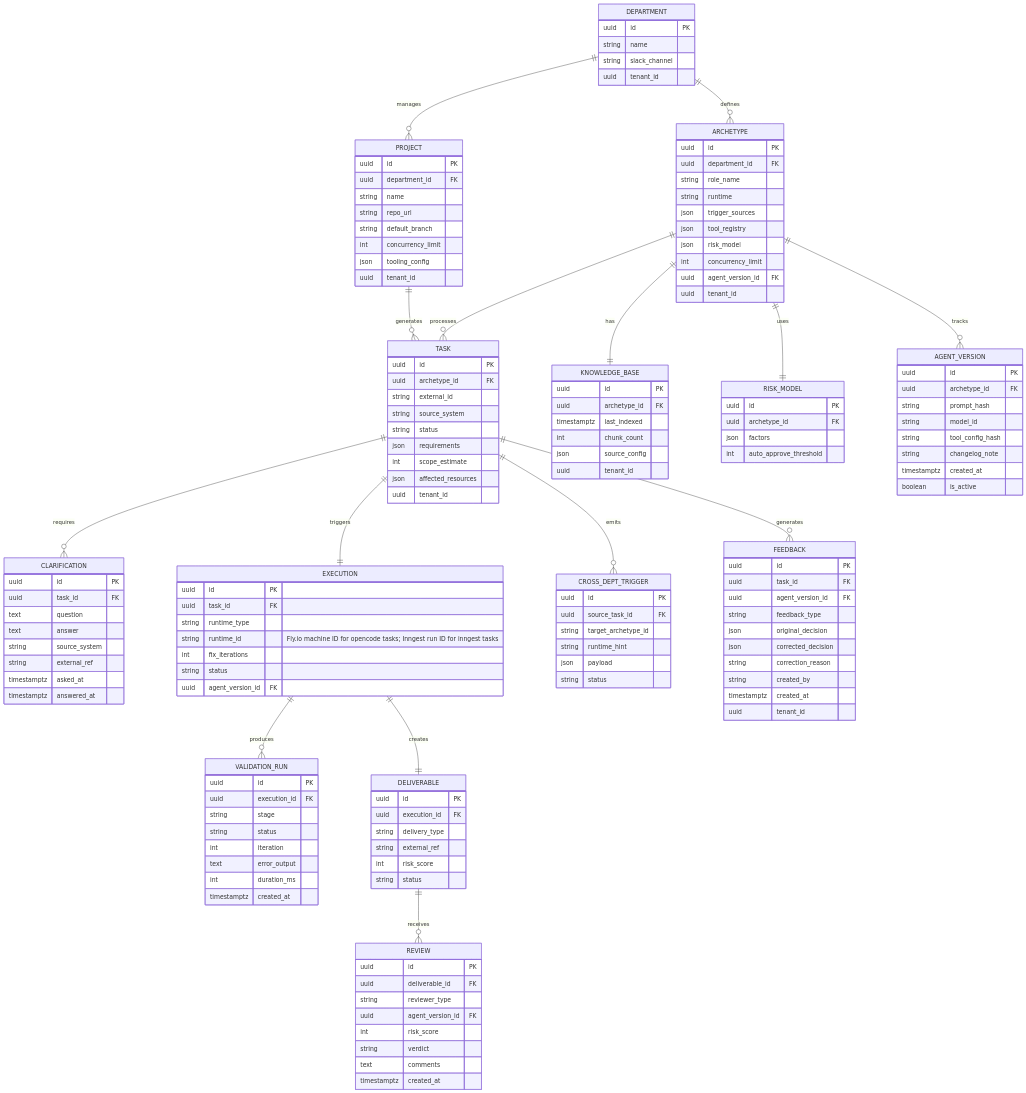
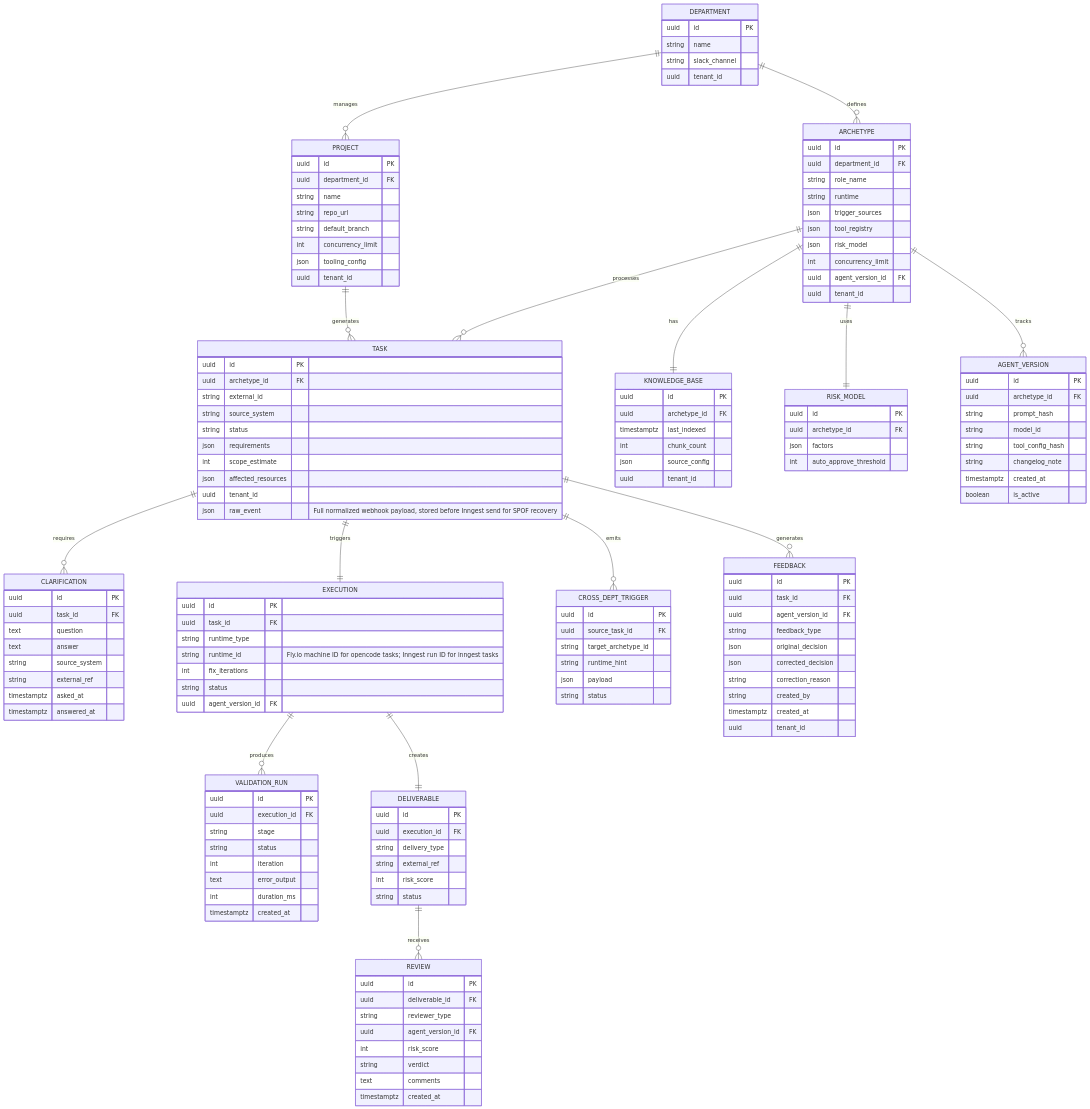
Before and after one commit to viiqswim/dozaldevs-ai-employee: diagram 13 of 16 in docs/2026-03-22-2317-ai-employee-architecture.md, drawn with Mermaid. The commit also changed other lines of this file, not shown here.

Commit message:
docs(architecture): document inngest SPOF mitigation — payload-first + CLI dispatch

```diff
--- a/docs/2026-03-22-2317-ai-employee-architecture.md
+++ b/docs/2026-03-22-2317-ai-employee-architecture.md
@@ -1376,6 +1377,7 @@
         int scope_estimate
         json affected_resources
         uuid tenant_id
+        json raw_event "Full normalized webhook payload, stored before Inngest send for SPOF recovery"
     }
     EXECUTION {
         uuid id PK
```
